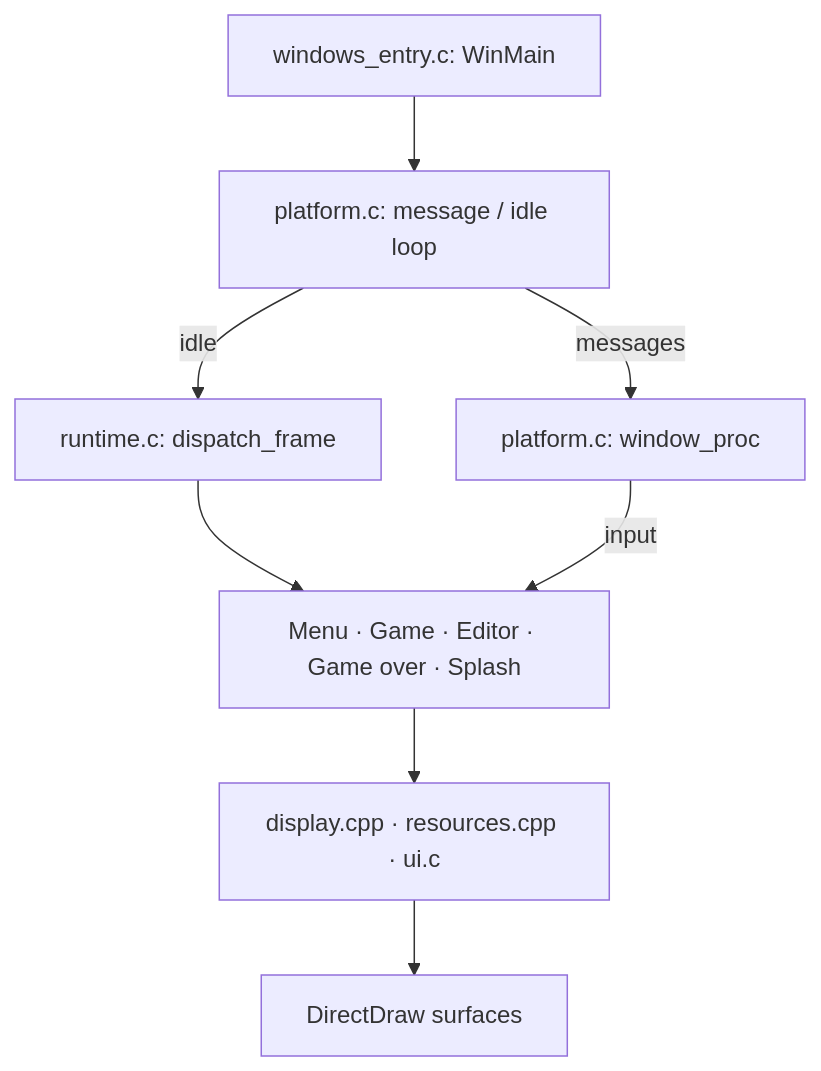
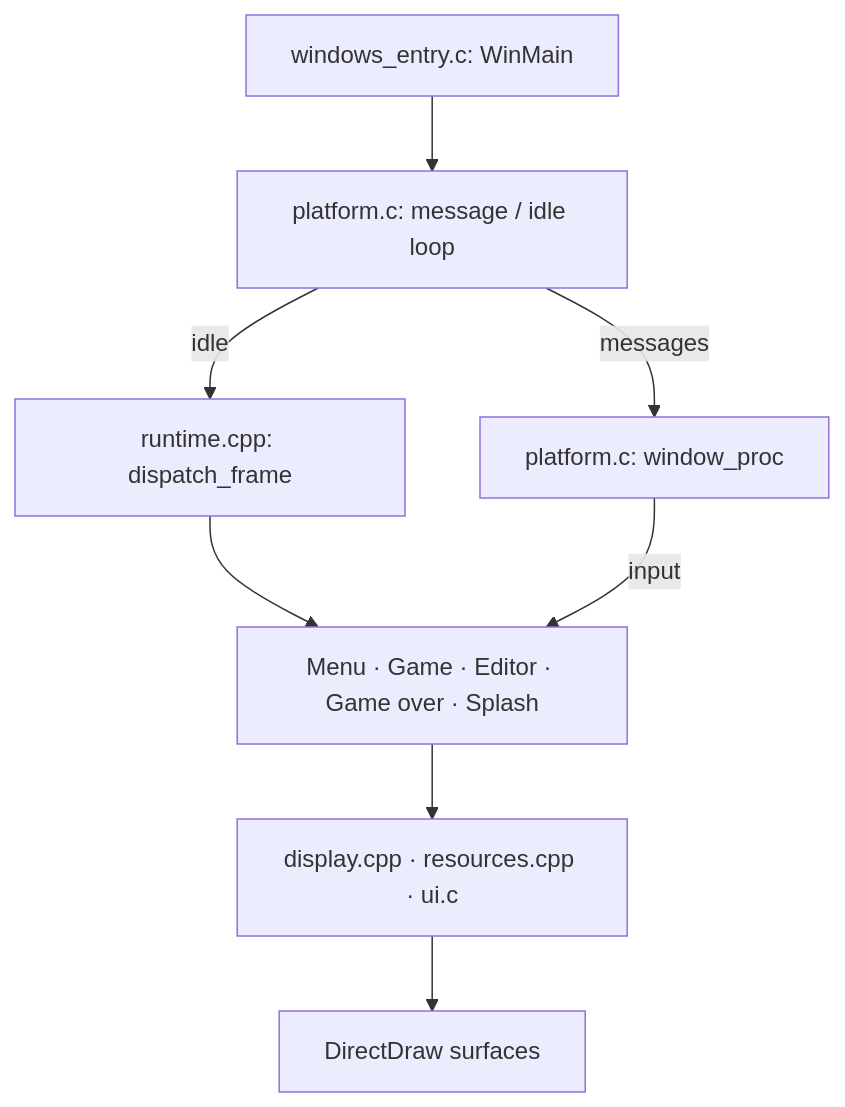
One commit to N0zoM1z0/dx-ball changed the diagram in docs/ARCHITECTURE.md. Above: the diagram before and after it, drawn with Mermaid. The commit also changed other lines of this file and 13 other files, not shown here.

First line of the commit message:
gpt-6.1-sol: Recover runtime surface dispatch and reduce paddle differences

````diff
--- a/docs/ARCHITECTURE.md
+++ b/docs/ARCHITECTURE.md
@@ -15,10 +15,10 @@
 ```mermaid
 flowchart TD
     Entry["windows_entry.c: WinMain"] --> Loop["platform.c: message / idle loop"]
-    Loop -->|idle| Dispatch["runtime.c: dispatch_frame"]
+    Loop -->|idle| Dispatch["runtime.cpp: dispatch_frame"]
     Loop -->|messages| Input["platform.c: window_proc"]
     Dispatch --> Modes["Menu · Game · Editor · Game over · Splash"]
     Input -->|input| Modes
     Modes --> Draw["display.cpp · resources.cpp · ui.c"]
     Draw --> Surfaces["DirectDraw surfaces"]
 ```
````
